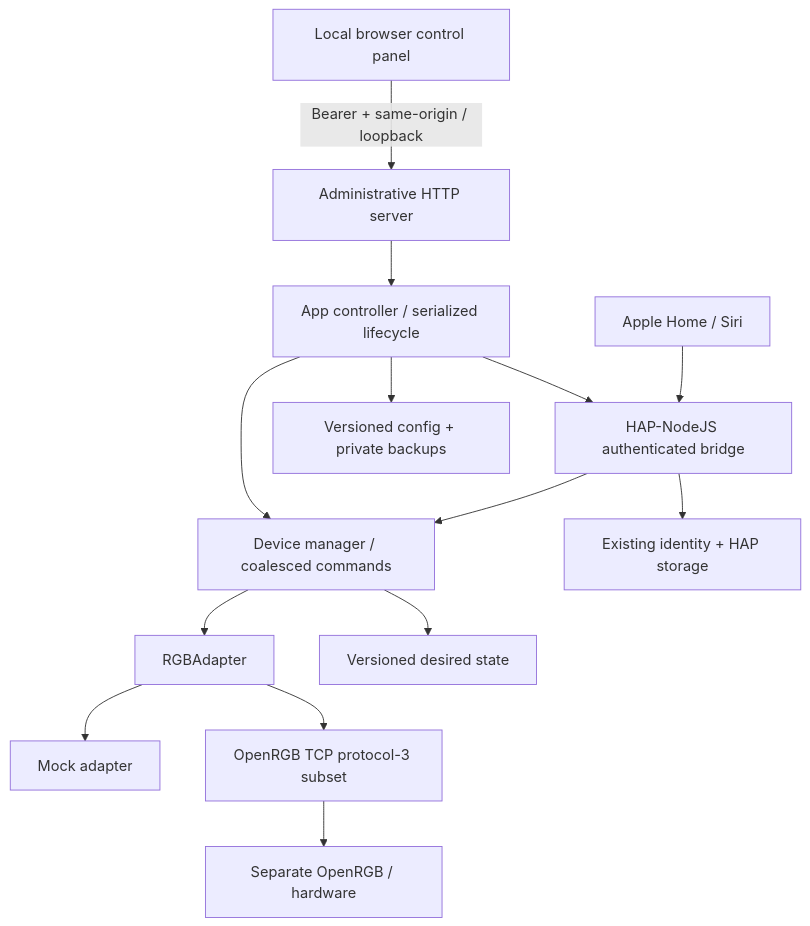
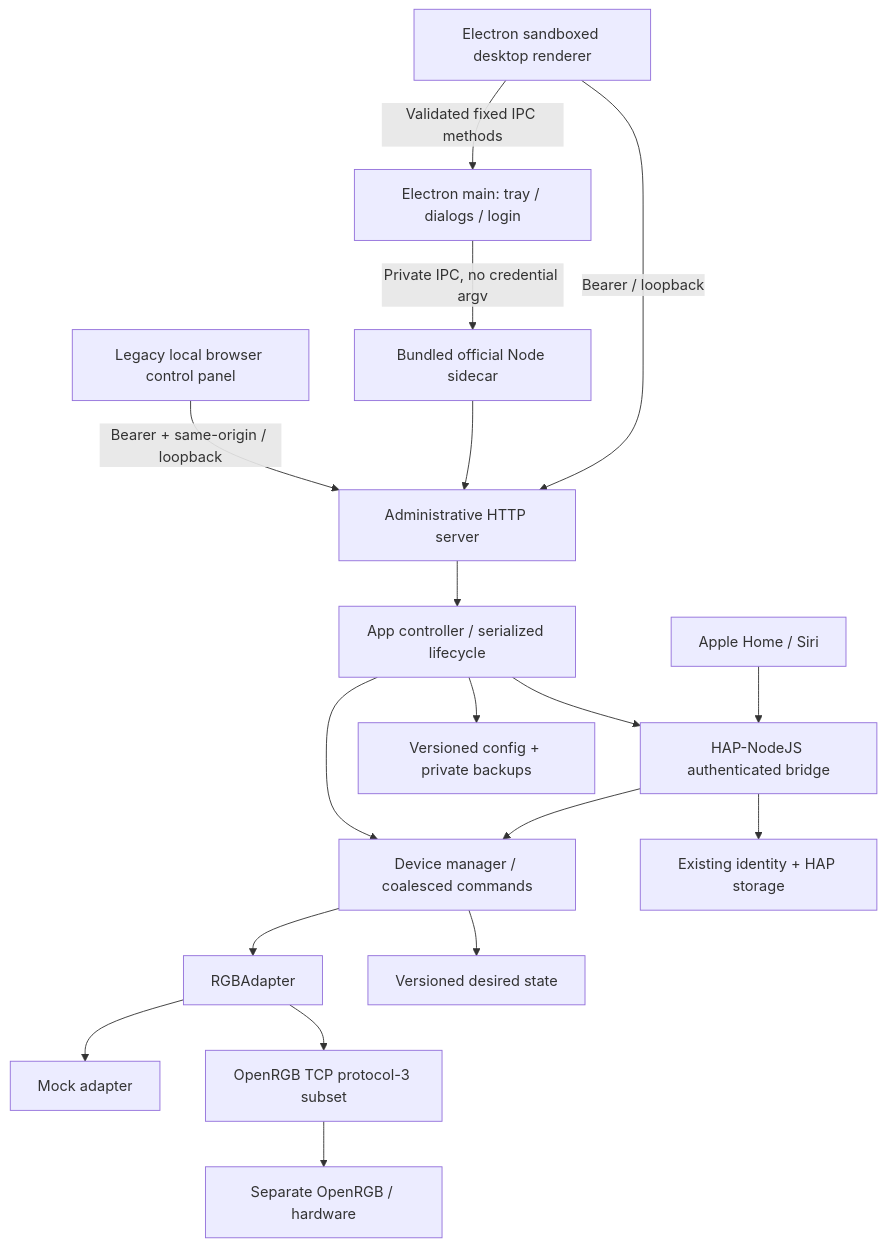
One commit to daqua22/homekit-rgb-bridge changed the diagram in docs/architecture.md. Above: the diagram before and after it, drawn with Mermaid. The commit also changed other lines of this file and 42 other files, not shown here.

````diff
--- a/docs/architecture.md
+++ b/docs/architecture.md
@@ -3,16 +3,20 @@
 ```mermaid
 flowchart TD
-    UI[Local browser control panel] -->|Bearer + same-origin / loopback| Admin[Administrative HTTP server]
+    Desktop[Electron sandboxed desktop renderer] -->|Bearer / loopback| Admin
+    Desktop -->|Validated fixed IPC methods| Shell[Electron main: tray / dialogs / login]
+    Shell -->|Private IPC, no credential argv| Node[Bundled official Node sidecar]
+    Node --> Admin
+    UI[Legacy local browser control panel] -->|Bearer + same-origin / loopback| Admin[Administrative HTTP server]
     Admin --> App[App controller / serialized lifecycle]
     Home[Apple Home / Siri] --> HAP[HAP-NodeJS authenticated bridge]
     App --> HAP
     HAP --> Lights[Device manager / coalesced commands]
     App --> Lights
     Lights --> Adapter[RGBAdapter]
     Adapter --> Mock[Mock adapter]
     Adapter --> SDK[OpenRGB TCP protocol-3 subset]
     SDK --> RGB[Separate OpenRGB / hardware]
     App --> Config[Versioned config + private backups]
     Lights --> State[Versioned desired state]
     HAP --> Keys[Existing identity + HAP storage]
 ```
````
